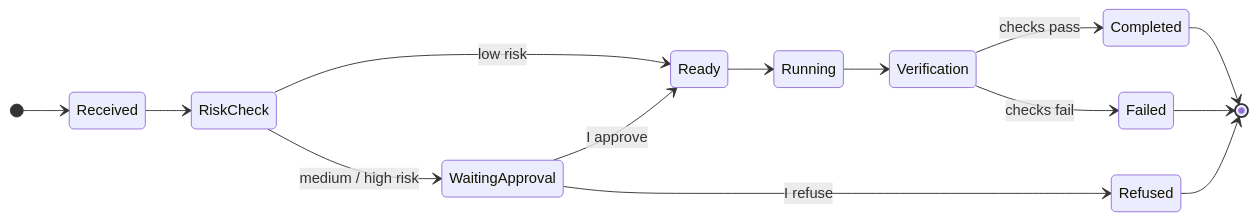
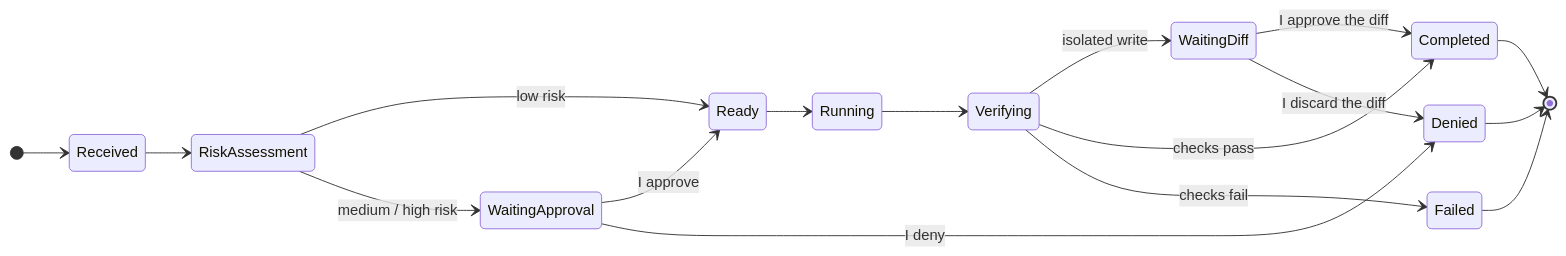
One commit to Dow08/OS-Agentique_showcase changed the third of 3 diagrams in docs/en/design.md. Above: the diagram before and after it, drawn with Mermaid. The commit also changed other lines of this file and 50 other files, not shown here.

````diff
--- a/docs/en/design.md
+++ b/docs/en/design.md
@@ -56,17 +70,20 @@
 ```mermaid
 stateDiagram-v2
     direction LR
     [*] --> Received
-    Received --> RiskCheck
-    RiskCheck --> Ready: low risk
-    RiskCheck --> WaitingApproval: medium / high risk
+    Received --> RiskAssessment
+    RiskAssessment --> Ready: low risk
+    RiskAssessment --> WaitingApproval: medium / high risk
     WaitingApproval --> Ready: I approve
-    WaitingApproval --> Refused: I refuse
+    WaitingApproval --> Denied: I deny
     Ready --> Running
-    Running --> Verification
-    Verification --> Completed: checks pass
-    Verification --> Failed: checks fail
+    Running --> Verifying
+    Verifying --> WaitingDiff: isolated write
+    WaitingDiff --> Completed: I approve the diff
+    WaitingDiff --> Denied: I discard the diff
+    Verifying --> Completed: checks pass
+    Verifying --> Failed: checks fail
     Completed --> [*]
-    Refused --> [*]
+    Denied --> [*]
     Failed --> [*]
 ```
````
